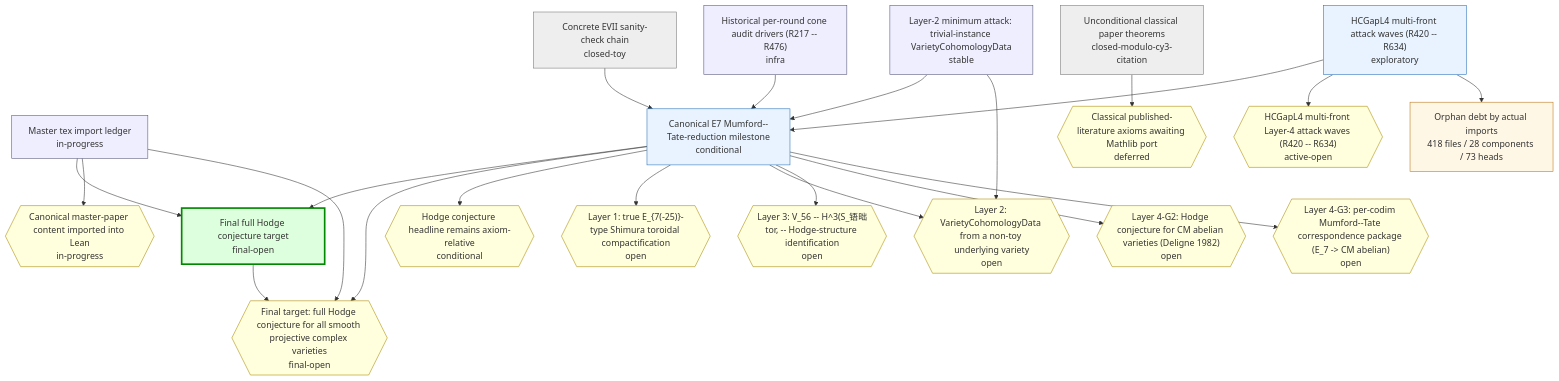
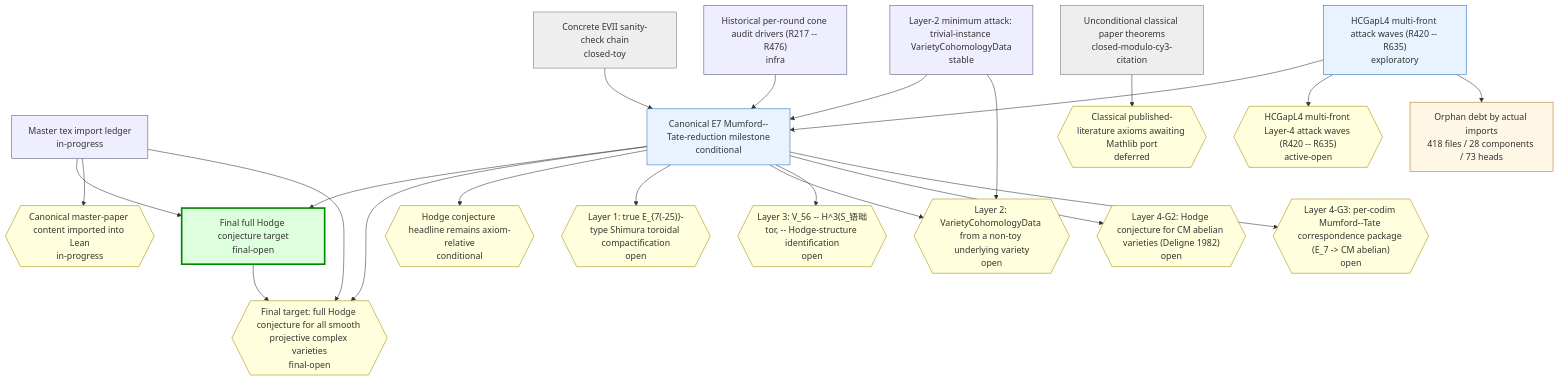
Before and after one commit to crabsatellite/hodge-conjecture-lean4-formalization: the first of 2 diagrams in chain-status/research-map.md, drawn with Mermaid. The commit also changed other lines of this file and 7 other files, not shown here.

````diff
--- a/chain-status/research-map.md
+++ b/chain-status/research-map.md
@@ -46,54 +46,54 @@
 ```mermaid
 graph TD
   classDef main fill:#dfd,stroke:#080,stroke-width:3px
   classDef active fill:#e8f3ff,stroke:#2670b8
   classDef support fill:#eef,stroke:#557
   classDef closed fill:#eee,stroke:#777
   classDef dead fill:#fdd,stroke:#a00,stroke-width:2px
   classDef gapOpen fill:#ffd,stroke:#a80
   classDef gapClosed fill:#eee,stroke:#777
   classDef gapDead fill:#fdd,stroke:#a00
   classDef debt fill:#fff7e6,stroke:#b87514
   classDef debtTaxonomy fill:#e8f3ff,stroke:#2670b8,stroke-dasharray:3 3
   classDef debtRule fill:#eefbea,stroke:#398439,stroke-dasharray:3 3
   classDef debtDead fill:#fdd,stroke:#a00,stroke-dasharray:3 3
   chain_full_hc_final_target["Final full Hodge conjecture target\nfinal-open"]:::main
   chain_master_paper_import_ledger["Master tex import ledger\nin-progress"]:::support
   chain_main_hc_axiom_relative["Canonical E7 Mumford--Tate-reduction milestone\nconditional"]:::active
   chain_unconditional_classical["Unconditional classical paper theorems\nclosed-modulo-cy3-citation"]:::closed
   chain_hcgap_l2_trivial_instances["Layer-2 minimum attack: trivial-instance VarietyCohomologyData\nstable"]:::support
-  chain_hcgap_l4_multifront_active["HCGapL4 multi-front attack waves (R420 -- R634)\nexploratory"]:::active
+  chain_hcgap_l4_multifront_active["HCGapL4 multi-front attack waves (R420 -- R635)\nexploratory"]:::active
   chain_concrete_evii_toy["Concrete EVII sanity-check chain\nclosed-toy"]:::closed
   chain_historical_cone_audits["Historical per-round cone audit drivers (R217 -- R476)\ninfra"]:::support
   gap_G_full_hc{{"Final target: full Hodge conjecture for all smooth projective complex varieties\nfinal-open"}}:::gapOpen
   gap_G_master_paper_import{{"Canonical master-paper content imported into Lean\nin-progress"}}:::gapOpen
   gap_G_main_hc{{"Hodge conjecture headline remains axiom-relative\nconditional"}}:::gapOpen
   gap_G_l1_e7_shimura_tor{{"Layer 1: true E_{7(-25)}-type Shimura toroidal compactification\nopen"}}:::gapOpen
   gap_G_l2_cohomology_construction{{"Layer 2: VarietyCohomologyData from a non-toy underlying variety\nopen"}}:::gapOpen
   gap_G_l3_v56_mt_identification{{"Layer 3: V_56 -- H^3(S_铻昢tor, -- Hodge-structure identification\nopen"}}:::gapOpen
   gap_G_l4_cm_abelian_hc{{"Layer 4-G2: Hodge conjecture for CM abelian varieties (Deligne 1982)\nopen"}}:::gapOpen
   gap_G_l4_mt_correspondence{{"Layer 4-G3: per-codim Mumford--Tate correspondence package (E_7 -> CM abelian)\nopen"}}:::gapOpen
   gap_G_classical_mathlib_port{{"Classical published-literature axioms awaiting Mathlib port\ndeferred"}}:::gapOpen
-  gap_G_hcgap_l4_multifront{{"HCGapL4 multi-front Layer-4 attack waves (R420 -- R634)\nactive-open"}}:::gapOpen
+  gap_G_hcgap_l4_multifront{{"HCGapL4 multi-front Layer-4 attack waves (R420 -- R635)\nactive-open"}}:::gapOpen
   chain_full_hc_final_target --> gap_G_full_hc
   chain_master_paper_import_ledger --> chain_full_hc_final_target
   chain_master_paper_import_ledger --> gap_G_master_paper_import
   chain_master_paper_import_ledger --> gap_G_full_hc
   chain_main_hc_axiom_relative --> chain_full_hc_final_target
   chain_main_hc_axiom_relative --> gap_G_full_hc
   chain_main_hc_axiom_relative --> gap_G_main_hc
   chain_main_hc_axiom_relative --> gap_G_l1_e7_shimura_tor
   chain_main_hc_axiom_relative --> gap_G_l2_cohomology_construction
   chain_main_hc_axiom_relative --> gap_G_l3_v56_mt_identification
   chain_main_hc_axiom_relative --> gap_G_l4_cm_abelian_hc
   chain_main_hc_axiom_relative --> gap_G_l4_mt_correspondence
   chain_unconditional_classical --> gap_G_classical_mathlib_port
   chain_hcgap_l2_trivial_instances --> chain_main_hc_axiom_relative
   chain_hcgap_l2_trivial_instances --> gap_G_l2_cohomology_construction
   chain_hcgap_l4_multifront_active --> chain_main_hc_axiom_relative
   chain_hcgap_l4_multifront_active --> gap_G_hcgap_l4_multifront
   chain_concrete_evii_toy --> chain_main_hc_axiom_relative
   chain_historical_cone_audits --> chain_main_hc_axiom_relative
   debt_all["Orphan debt by actual imports\n418 files / 28 components / 73 heads"]:::debt
   chain_hcgap_l4_multifront_active --> debt_all
 ```
````
